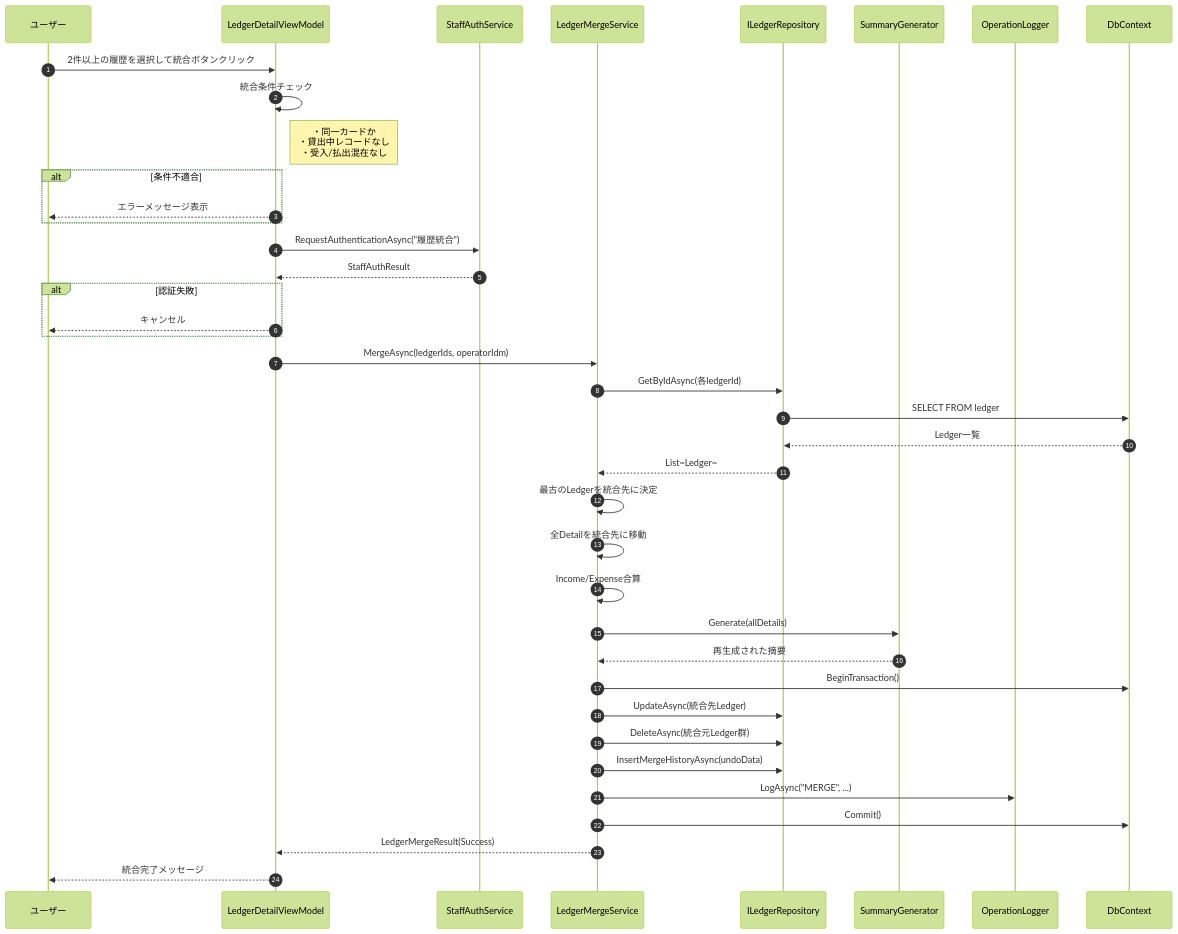
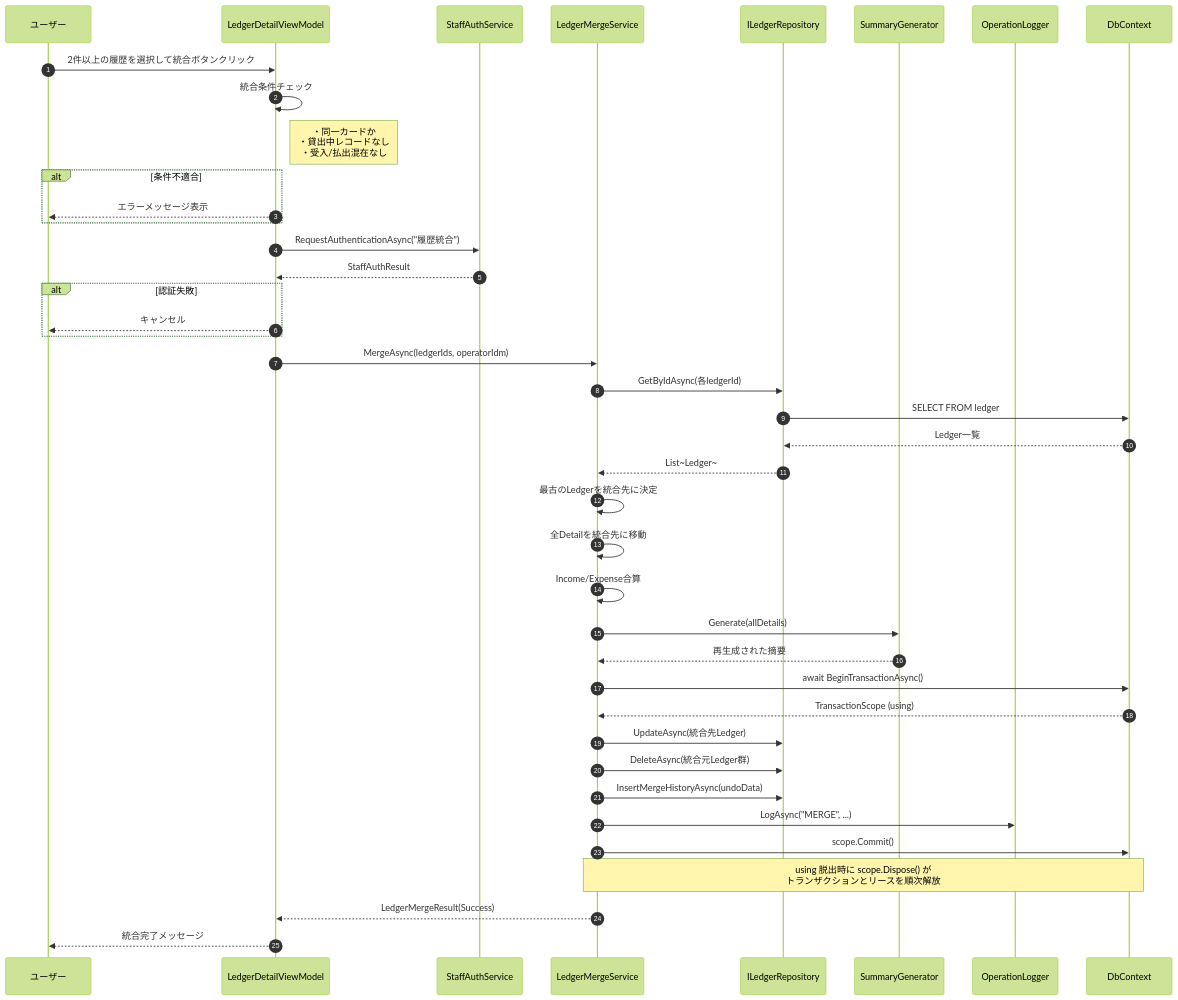
Before and after one commit to kuwayamamasayuki/ICCardManager: the ninth of 14 diagrams in ICCardManager/docs/design/06_シーケンス図.md, drawn with Mermaid (forest theme). The commit also changed other lines of this file, not shown here.

First line of the commit message:
docs: 06_シーケンス図を非同期/TransactionScope 対応に刷新 (#1245)

````diff
--- a/ICCardManager/docs/design/06_シーケンス図.md
+++ b/ICCardManager/docs/design/06_シーケンス図.md
@@ -462,51 +489,53 @@
 ```mermaid
 sequenceDiagram
     autonumber
     participant User as ユーザー
     participant VM as LedgerDetailViewModel
     participant Auth as StaffAuthService
     participant MS as LedgerMergeService
     participant LR as ILedgerRepository
     participant SG as SummaryGenerator
     participant OL as OperationLogger
     participant DB as DbContext
 
     User->>VM: 2件以上の履歴を選択して統合ボタンクリック
 
     VM->>VM: 統合条件チェック
     Note right of VM: ・同一カードか<br/>・貸出中レコードなし<br/>・受入/払出混在なし
 
     alt 条件不適合
         VM-->>User: エラーメッセージ表示
     end
 
     VM->>Auth: RequestAuthenticationAsync("履歴統合")
     Auth-->>VM: StaffAuthResult
 
     alt 認証失敗
         VM-->>User: キャンセル
     end
 
     VM->>MS: MergeAsync(ledgerIds, operatorIdm)
 
     MS->>LR: GetByIdAsync(各ledgerId)
     LR->>DB: SELECT FROM ledger
     DB-->>LR: Ledger一覧
     LR-->>MS: List~Ledger~
 
     MS->>MS: 最古のLedgerを統合先に決定
     MS->>MS: 全Detailを統合先に移動
     MS->>MS: Income/Expense合算
     MS->>SG: Generate(allDetails)
     SG-->>MS: 再生成された摘要
 
-    MS->>DB: BeginTransaction()
+    MS->>DB: await BeginTransactionAsync()
+    DB-->>MS: TransactionScope (using)
     MS->>LR: UpdateAsync(統合先Ledger)
     MS->>LR: DeleteAsync(統合元Ledger群)
     MS->>LR: InsertMergeHistoryAsync(undoData)
     MS->>OL: LogAsync("MERGE", ...)
-    MS->>DB: Commit()
+    MS->>DB: scope.Commit()
+    Note over MS,DB: using 脱出時に scope.Dispose() が<br/>トランザクションとリースを順次解放
 
     MS-->>VM: LedgerMergeResult(Success)
     VM-->>User: 統合完了メッセージ
 ```
````
